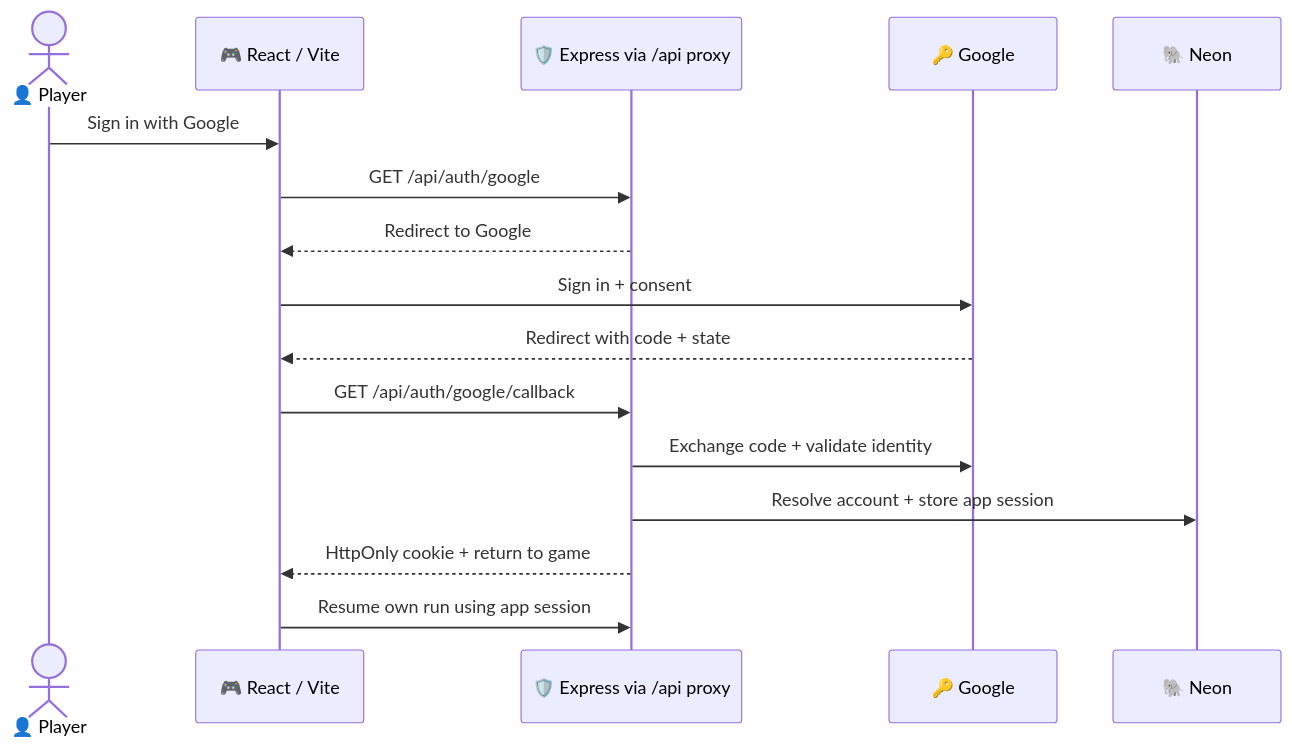
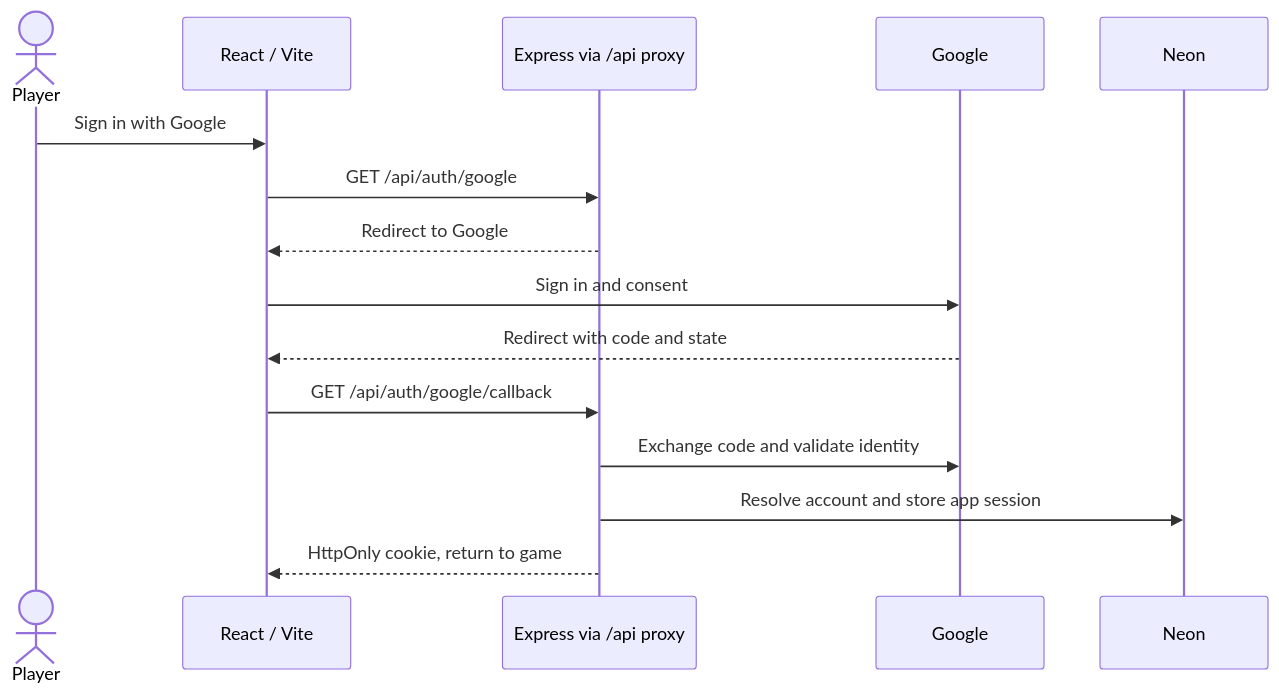
One commit to CS3216-Final-Project/99.9-Percent changed the diagram in docs/AUTHENTICATION.md. Above: the diagram before and after it, drawn with Mermaid. The commit also changed other lines of this file and 65 other files, not shown here.

````diff
--- a/docs/AUTHENTICATION.md
+++ b/docs/AUTHENTICATION.md
@@ -9,18 +14,17 @@
 ```mermaid
 sequenceDiagram
-    actor Player as 👤 Player
-    participant Web as 🎮 React / Vite
-    participant API as 🛡️ Express via /api proxy
-    participant Google as 🔑 Google
-    participant DB as 🐘 Neon
+    actor Player
+    participant Web as React / Vite
+    participant API as Express via /api proxy
+    participant Google
+    participant DB as Neon
     Player->>Web: Sign in with Google
     Web->>API: GET /api/auth/google
     API-->>Web: Redirect to Google
-    Web->>Google: Sign in + consent
-    Google-->>Web: Redirect with code + state
+    Web->>Google: Sign in and consent
+    Google-->>Web: Redirect with code and state
     Web->>API: GET /api/auth/google/callback
-    API->>Google: Exchange code + validate identity
-    API->>DB: Resolve account + store app session
-    API-->>Web: HttpOnly cookie + return to game
-    Web->>API: Resume own run using app session
+    API->>Google: Exchange code and validate identity
+    API->>DB: Resolve account and store app session
+    API-->>Web: HttpOnly cookie, return to game
 ```
````
